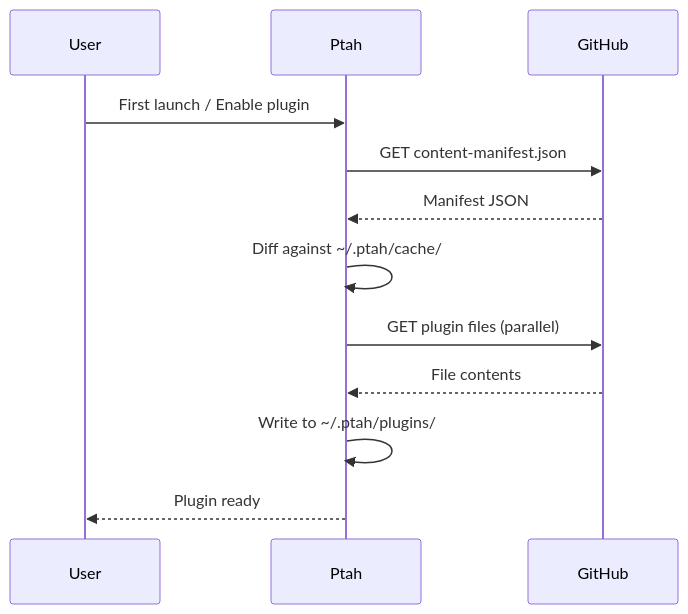
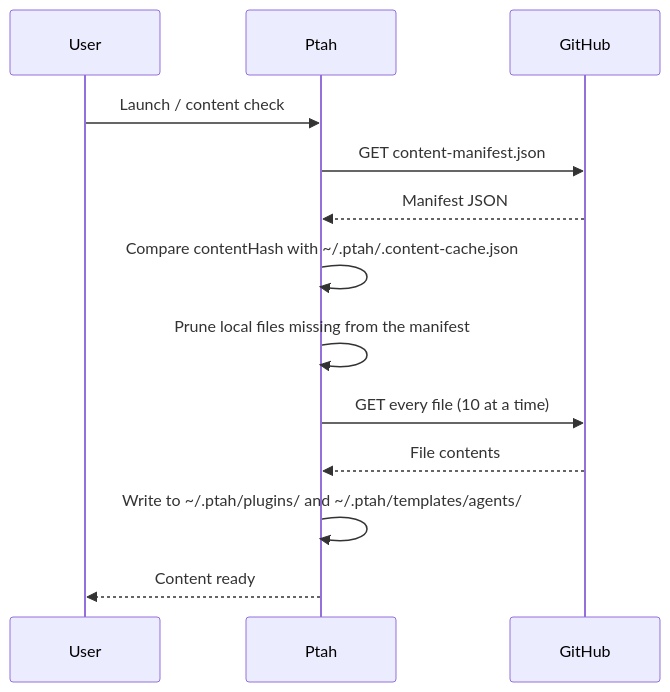
The diagram in apps/ptah-docs/src/content/docs/plugins/plugin-storage.md (Hive-Academy/ptah-extension), drawn with Mermaid before and after one commit. The commit also changed other lines of this file and 25 other files, not shown here.

````diff
--- a/apps/ptah-docs/src/content/docs/plugins/plugin-storage.md
+++ b/apps/ptah-docs/src/content/docs/plugins/plugin-storage.md
@@ -62,15 +65,16 @@
 ```mermaid
 sequenceDiagram
     participant User
     participant Ptah
     participant GitHub
 
-    User->>Ptah: First launch / Enable plugin
+    User->>Ptah: Launch / content check
     Ptah->>GitHub: GET content-manifest.json
     GitHub-->>Ptah: Manifest JSON
-    Ptah->>Ptah: Diff against ~/.ptah/cache/
-    Ptah->>GitHub: GET plugin files (parallel)
+    Ptah->>Ptah: Compare contentHash with ~/.ptah/.content-cache.json
+    Ptah->>Ptah: Prune local files missing from the manifest
+    Ptah->>GitHub: GET every file (10 at a time)
     GitHub-->>Ptah: File contents
-    Ptah->>Ptah: Write to ~/.ptah/plugins/
-    Ptah-->>User: Plugin ready
+    Ptah->>Ptah: Write to ~/.ptah/plugins/ and ~/.ptah/templates/agents/
+    Ptah-->>User: Content ready
 ```
````
